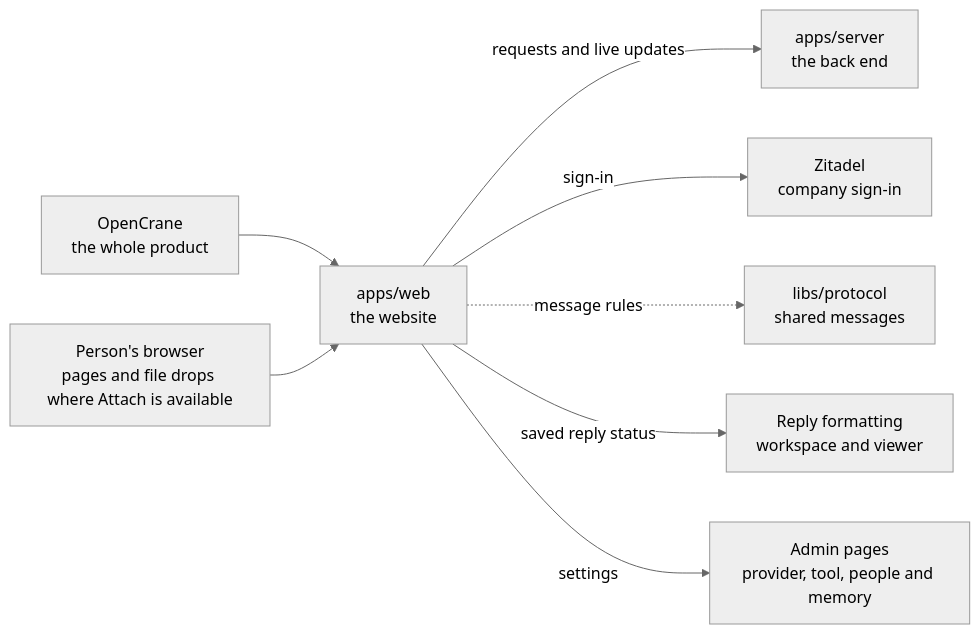
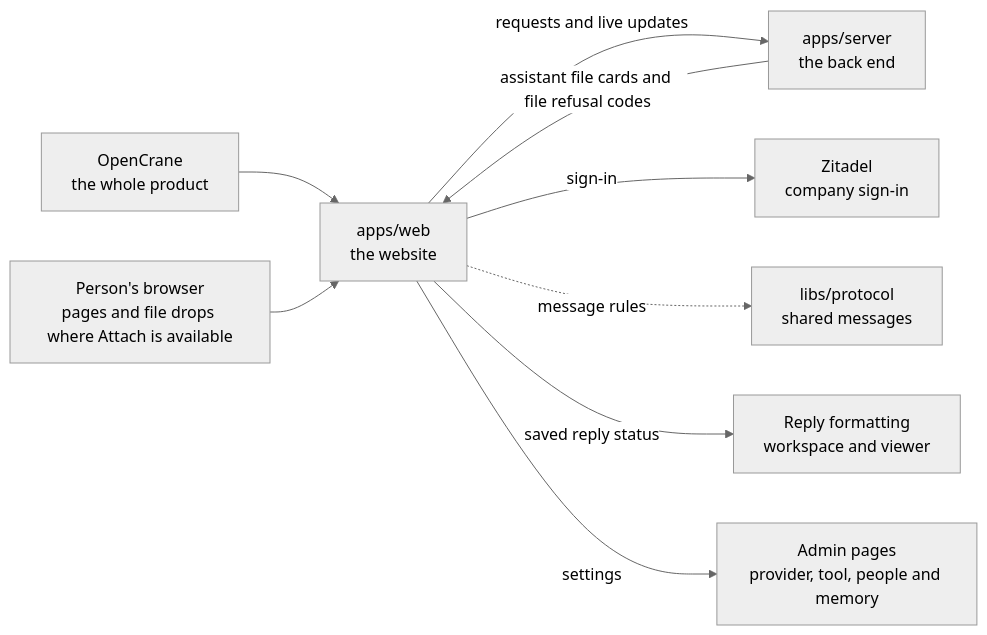
One commit to elewa-git/opencrane-new changed the diagram in apps/web/README.md. Above: the diagram before and after it, drawn with Mermaid (neutral theme). The commit also changed other lines of this file and 42 other files, not shown here.

First line of the commit message:
📎 Files the assistant saves in its artifacts folder appear in the chat as file cards (#855)

````diff
--- a/apps/web/README.md
+++ b/apps/web/README.md
@@ -16,10 +16,11 @@
 ```mermaid
 flowchart LR
   system["OpenCrane<br/>the whole product"] --> web["apps/web<br/>the website"]
   browser["Person's browser<br/>pages and file drops where Attach is available"] --> web
   web -->|requests and live updates| server["apps/server<br/>the back end"]
+  server -->|assistant file cards and file refusal codes| web
   web -->|sign-in| zitadel["Zitadel<br/>company sign-in"]
   web -.->|message rules| protocol["libs/protocol<br/>shared messages"]
   web -->|saved reply status| capture["Reply formatting<br/>workspace and viewer"]
   web -->|settings| admin["Admin pages<br/>provider, tool, people and memory"]
 ```
````
